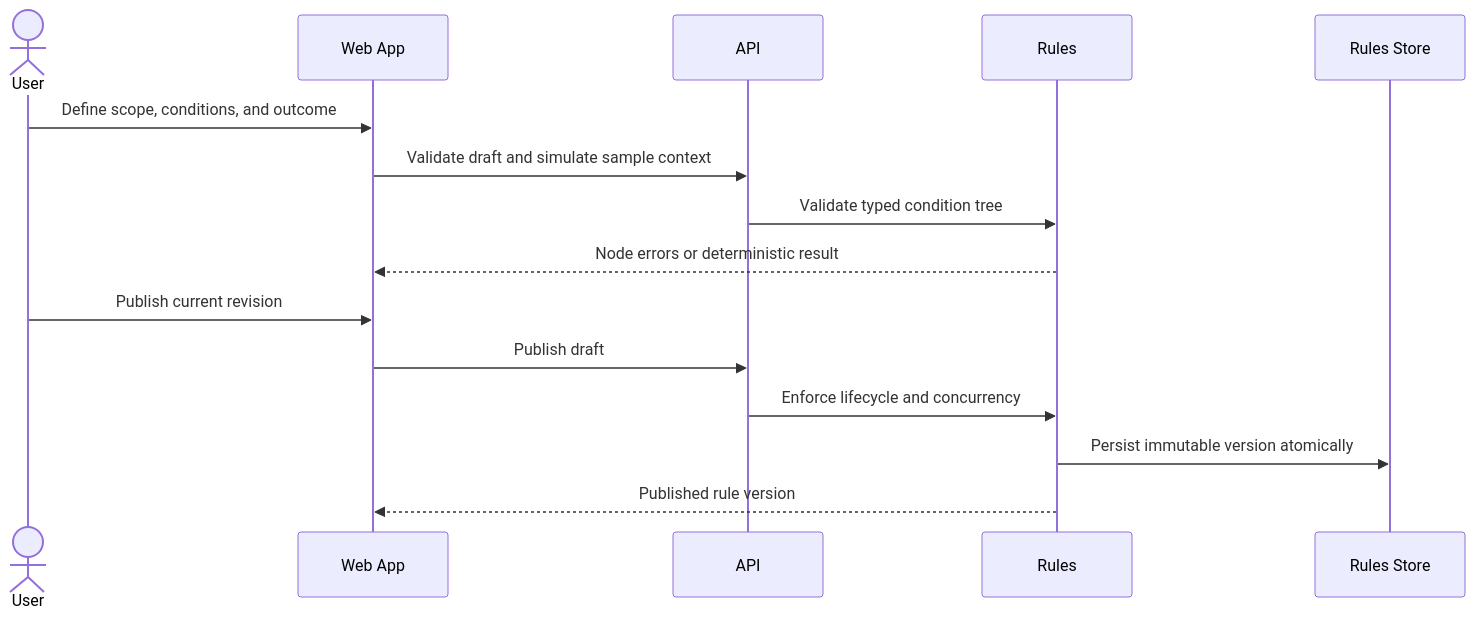
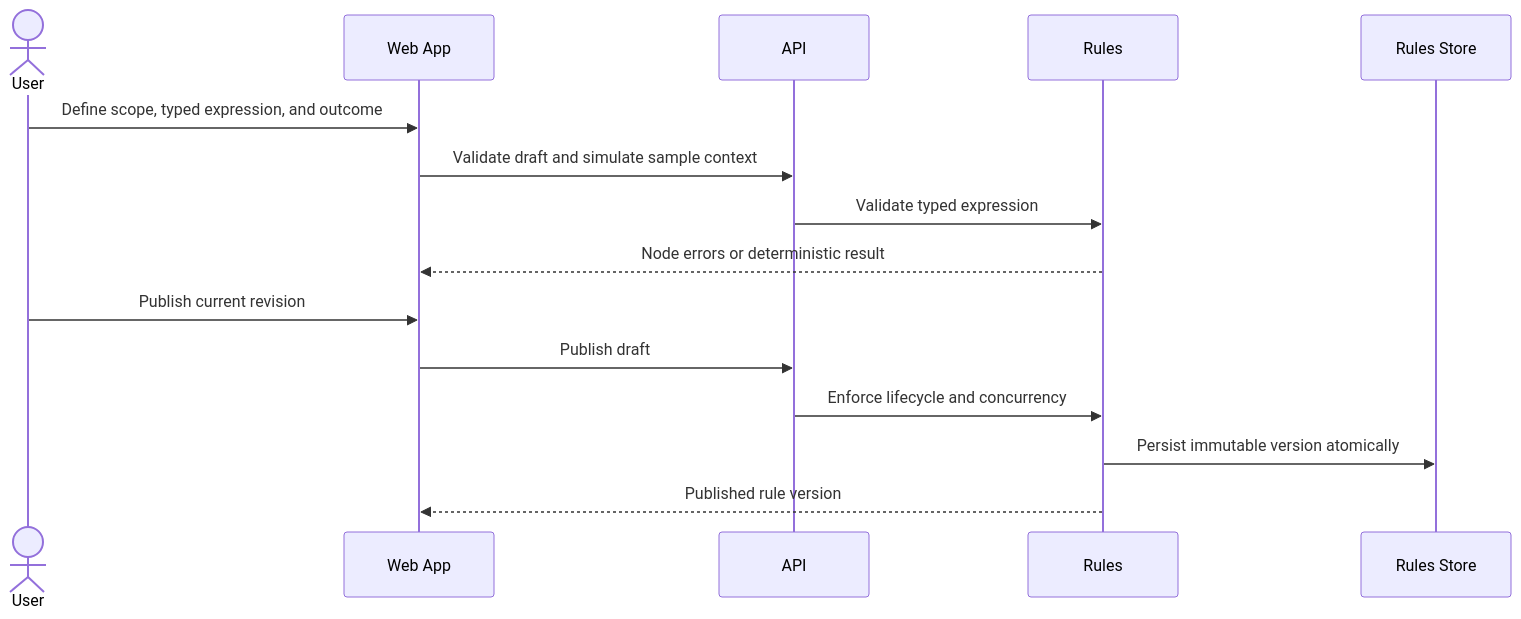
Before and after one commit to phuongnse/axis: the second of 2 diagrams in docs/use-cases/rules/manage-workspace-rule-definitions.md, drawn with Mermaid. The commit also changed other lines of this file and 5 other files, not shown here.

````diff
--- a/docs/use-cases/rules/manage-workspace-rule-definitions.md
+++ b/docs/use-cases/rules/manage-workspace-rule-definitions.md
@@ -127,18 +127,18 @@
 ```mermaid
 sequenceDiagram
   actor User
   participant Web as Web App
   participant API as API
   participant Rules as Rules
   participant Store as Rules Store
 
-  User->>Web: Define scope, conditions, and outcome
+  User->>Web: Define scope, typed expression, and outcome
   Web->>API: Validate draft and simulate sample context
-  API->>Rules: Validate typed condition tree
+  API->>Rules: Validate typed expression
   Rules-->>Web: Node errors or deterministic result
   User->>Web: Publish current revision
   Web->>API: Publish draft
   API->>Rules: Enforce lifecycle and concurrency
   Rules->>Store: Persist immutable version atomically
   Rules-->>Web: Published rule version
 ```
````
